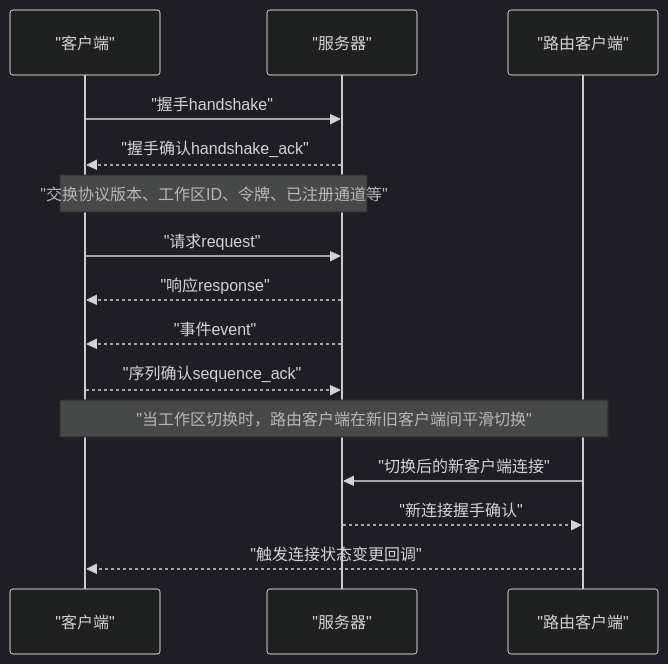
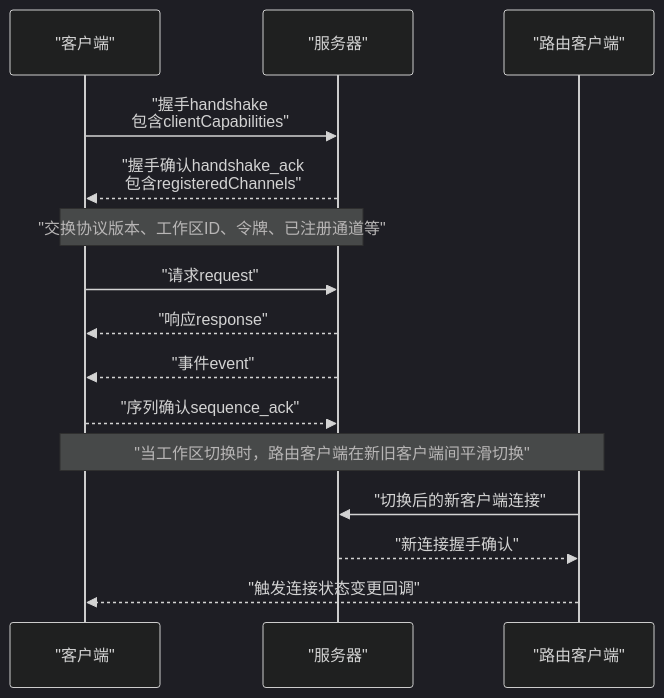
One commit to haolange/craft-agents-oss changed the second of 7 diagrams in .qoder/repowiki/zh/content/服务器架构/服务器核心/传输层.md. Above: the diagram before and after it, drawn with Mermaid (dark theme). The commit also changed other lines of this file and 5 other files, not shown here.

````diff
--- a/.qoder/repowiki/zh/content/服务器架构/服务器核心/传输层.md
+++ b/.qoder/repowiki/zh/content/服务器架构/服务器核心/传输层.md
@@ -141,17 +179,17 @@
 ```mermaid
 sequenceDiagram
 participant C as "客户端"
 participant S as "服务器"
 participant R as "路由客户端"
-C->>S : "握手handshake"
-S-->>C : "握手确认handshake_ack"
+C->>S : "握手handshake<br/>包含clientCapabilities"
+S-->>C : "握手确认handshake_ack<br/>包含registeredChannels"
 Note over C,S : "交换协议版本、工作区ID、令牌、已注册通道等"
 C->>S : "请求request"
 S-->>C : "响应response"
 S-->>C : "事件event"
 C-->>S : "序列确认sequence_ack"
 Note over R,C : "当工作区切换时，路由客户端在新旧客户端间平滑切换"
 R->>S : "切换后的新客户端连接"
 S-->>R : "新连接握手确认"
 R-->>C : "触发连接状态变更回调"
 ```
````
